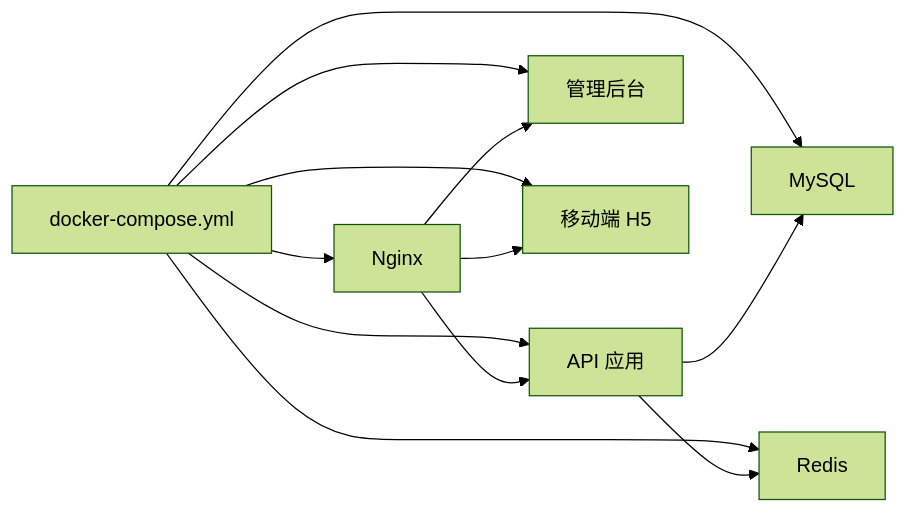
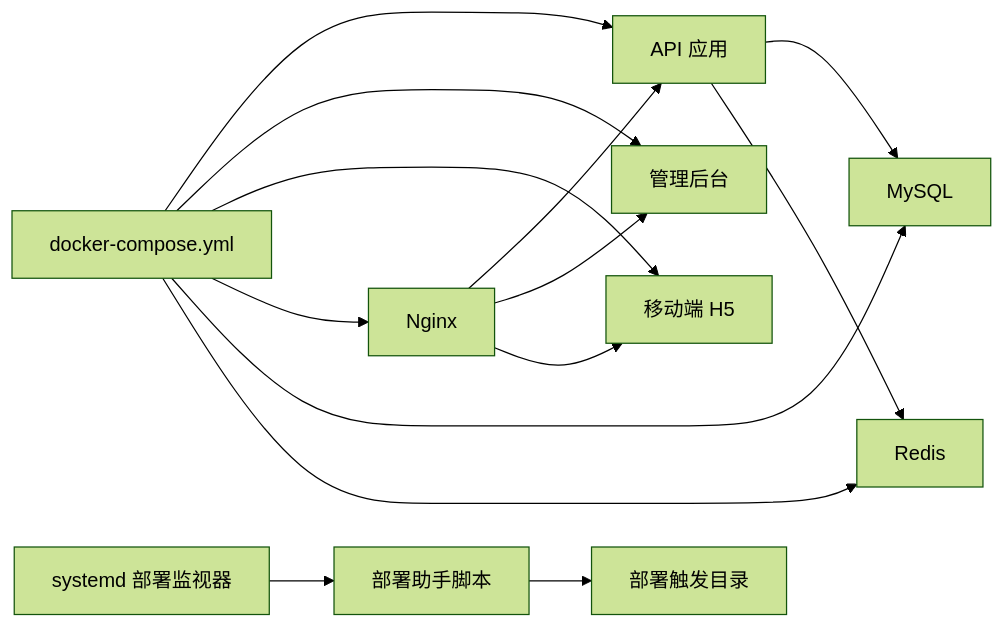
One commit to huoqingzhu446/fortune-hub changed the third of 3 diagrams in .qoder/repowiki/zh/content/部署运维/生产环境部署.md. Above: the diagram before and after it, drawn with Mermaid (forest theme). The commit also changed other lines of this file and 6 other files, not shown here.

````diff
--- a/.qoder/repowiki/zh/content/部署运维/生产环境部署.md
+++ b/.qoder/repowiki/zh/content/部署运维/生产环境部署.md
@@ -196,21 +261,26 @@
 ```mermaid
 graph LR
 DC["docker-compose.yml"]
 API["API 应用"]
 ADMIN["管理后台"]
 MOBILE["移动端 H5"]
 NGINX["Nginx"]
 MYSQL["MySQL"]
 REDIS["Redis"]
+WATCHER["systemd 部署监视器"]
+HELPER["部署助手脚本"]
+TRIGGER["部署触发目录"]
 DC --> API
 DC --> ADMIN
 DC --> MOBILE
 DC --> NGINX
 DC --> MYSQL
 DC --> REDIS
 NGINX --> API
 NGINX --> ADMIN
 NGINX --> MOBILE
 API --> MYSQL
 API --> REDIS
+WATCHER --> HELPER
+HELPER --> TRIGGER
 ```
````
